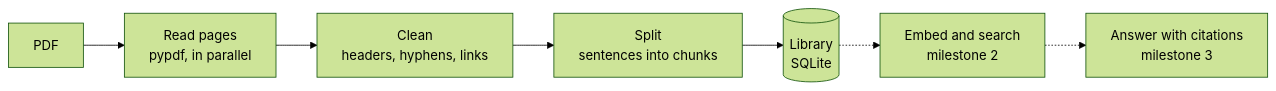
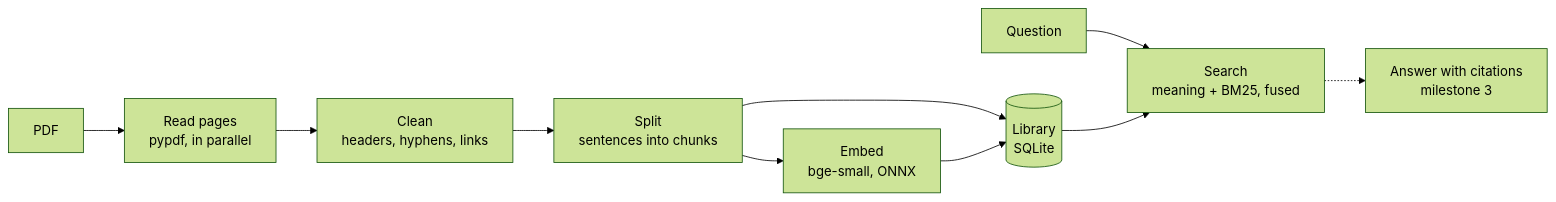
The diagram in README.md (omdkpatel810-ops/pdf-qa-rag), drawn with Mermaid (forest theme) before and after one commit. The commit also changed other lines of this file and 1 other file, not shown here.

First line of the commit message:
Document search, with speeds on the 1,239-page UofM calendar

````diff
--- a/README.md
+++ b/README.md
@@ -20,9 +21,12 @@
 ```mermaid
 flowchart LR
     pdf[PDF] --> read["Read pages<br/>pypdf, in parallel"]
     read --> clean["Clean<br/>headers, hyphens, links"]
     clean --> split["Split<br/>sentences into chunks"]
     split --> db[("Library<br/>SQLite")]
-    db -.-> embed["Embed and search<br/>milestone 2"]
-    embed -.-> answer["Answer with citations<br/>milestone 3"]
+    split --> embed["Embed<br/>bge-small, ONNX"]
+    embed --> db
+    question[Question] --> search["Search<br/>meaning + BM25, fused"]
+    db --> search
+    search -.-> answer["Answer with citations<br/>milestone 3"]
 ```
````
